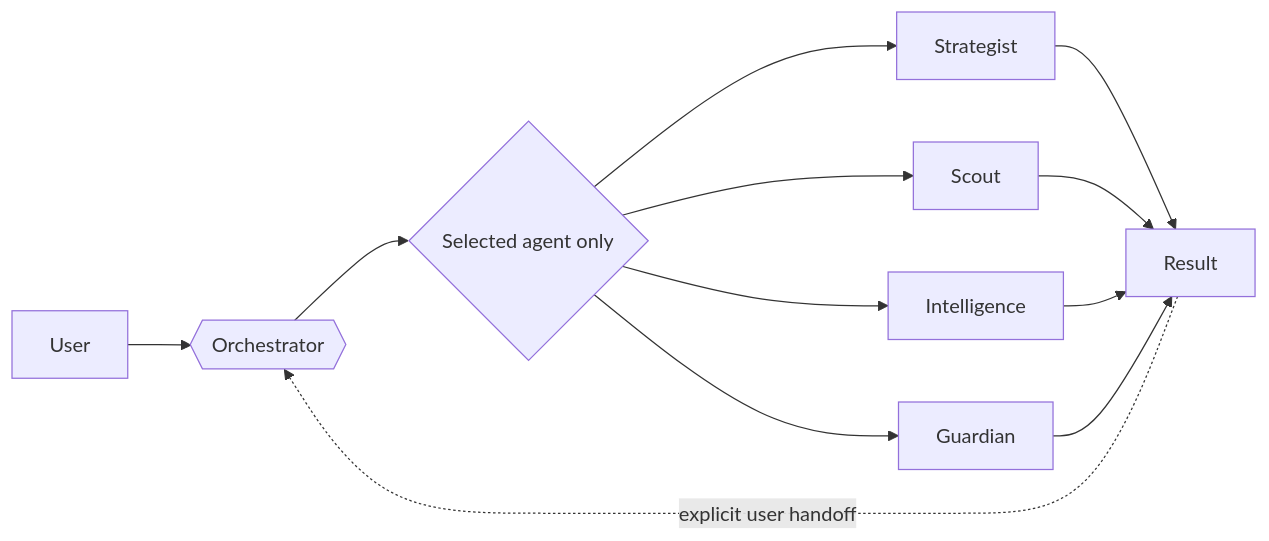
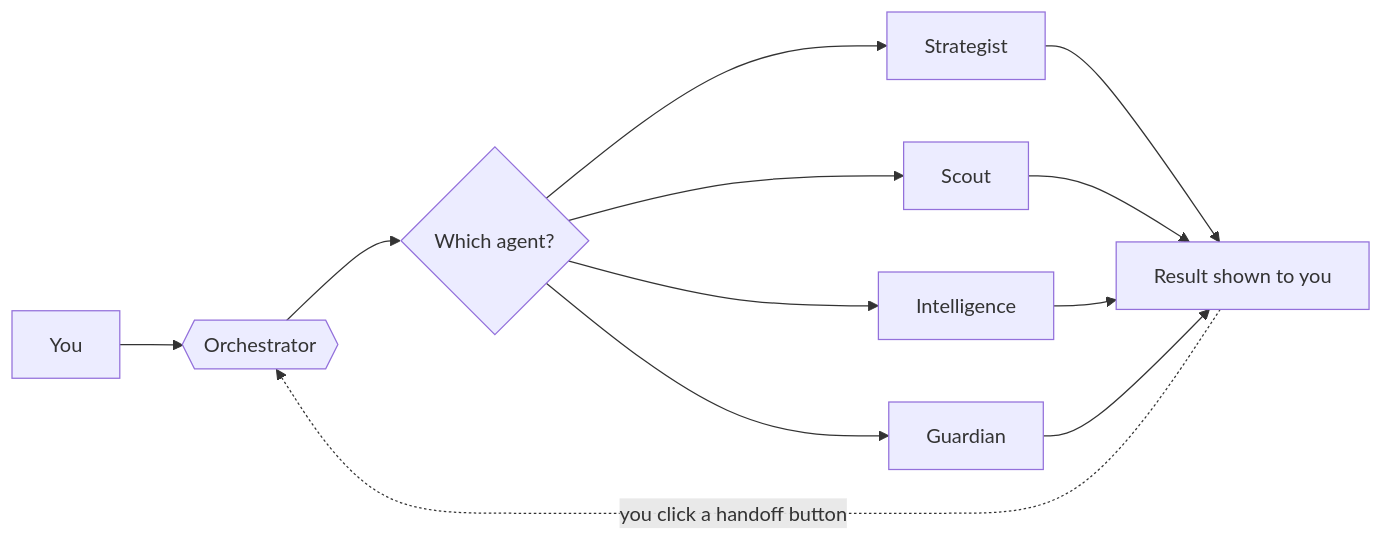
Before and after one commit to amangovindrao/velloe_ops_intelligence: the tenth of 12 diagrams in README.md, drawn with Mermaid. The commit also changed other lines of this file and 2 other files, not shown here.

````diff
--- a/README.md
+++ b/README.md
@@ -265,14 +404,11 @@
 ```mermaid
 flowchart LR
-    U[User] --> O{{Orchestrator}}
-    O --> A{Selected agent only}
-    A --> S[Strategist]
-    A --> SC[Scout]
-    A --> I[Intelligence]
-    A --> G[Guardian]
-    S --> R[Result]
-    SC --> R
-    I --> R
-    G --> R
-    R -. explicit user handoff .-> O
+    U["You"] --> O{{"Orchestrator"}}
+    O --> A{"Which agent?"}
+    A --> S["Strategist"]
+    A --> SC["Scout"]
+    A --> I["Intelligence"]
+    A --> G["Guardian"]
+    S & SC & I & G --> R["Result shown to you"]
+    R -.you click a handoff button.-> O
 ```
````
